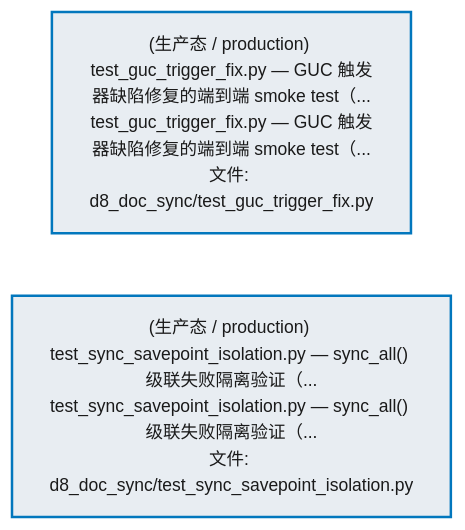
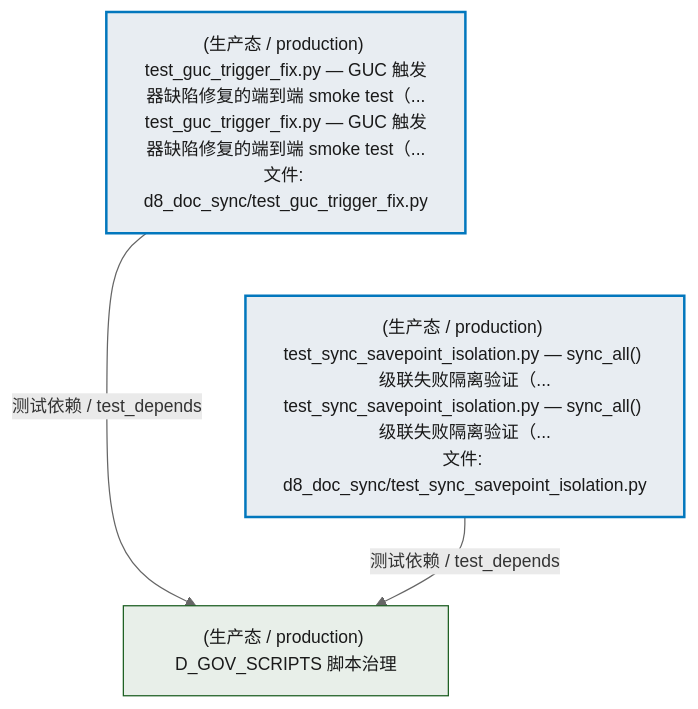
The second of 4 diagrams in docs/02_enterprise_architecture/02_domain_architecture_docs/51_d_gov_docs.md (xuanFelixVan/ZephyrAlpha), drawn with Mermaid before and after one commit. The commit also changed other lines of this file and 42 other files, not shown here.

````diff
--- a/docs/02_enterprise_architecture/02_domain_architecture_docs/51_d_gov_docs.md
+++ b/docs/02_enterprise_architecture/02_domain_architecture_docs/51_d_gov_docs.md
@@ -153,12 +157,16 @@
 ```mermaid
 %%{init: {'theme': 'base', 'themeVariables': {'primaryColor': '#eaeaea', 'primaryTextColor': '#333333', 'primaryBorderColor': '#666666', 'lineColor': '#666666', 'secondaryColor': '#eaeaea', 'tertiaryColor': '#eaeaea', 'fontSize': '14px'}}}%%
 flowchart TD
     tests_governance_d8_doc_sync_test_guc_trigger_fix_py["(生产态 / production) test_guc_trigger_fix.py — GUC 触发器缺陷修复的端到端 smoke test（...<br/>test_guc_trigger_fix.py — GUC 触发器缺陷修复的端到端 smoke test（...<br/>文件: d8_doc_sync/test_guc_trigger_fix.py"]
     tests_governance_d8_doc_sync_test_sync_savepoint_isolation_py["(生产态 / production) test_sync_savepoint_isolation.py — sync_all() 级联失败隔离验证（...<br/>test_sync_savepoint_isolation.py — sync_all() 级联失败隔离验证（...<br/>文件: d8_doc_sync/test_sync_savepoint_isolation.py"]
     tests_governance_d8_doc_sync_test_guc_trigger_fix_py ~~~ tests_governance_d8_doc_sync_test_sync_savepoint_isolation_py
+    D_GOV_SCRIPTS["(生产态 / production) D_GOV_SCRIPTS 脚本治理"]
+    tests_governance_d8_doc_sync_test_guc_trigger_fix_py -->|测试依赖 / test_depends| D_GOV_SCRIPTS
+    tests_governance_d8_doc_sync_test_sync_savepoint_isolation_py -->|测试依赖 / test_depends| D_GOV_SCRIPTS
     classDef production fill:#e8edf2,stroke:#0277bd,stroke-width:2px,color:#1a1a1a
     classDef design fill:#f0ebe3,stroke:#bf360c,stroke-width:2px,color:#1a1a1a,stroke-dasharray: 5 5
     classDef external_prod fill:#e8efe9,stroke:#1b5e20,stroke-width:1px,color:#1a1a1a
     classDef external_design fill:#efe5ea,stroke:#880e4f,stroke-width:1px,color:#1a1a1a,stroke-dasharray: 5 5
     class tests_governance_d8_doc_sync_test_guc_trigger_fix_py,tests_governance_d8_doc_sync_test_sync_savepoint_isolation_py production
+    class D_GOV_SCRIPTS external_prod
 ```
````
